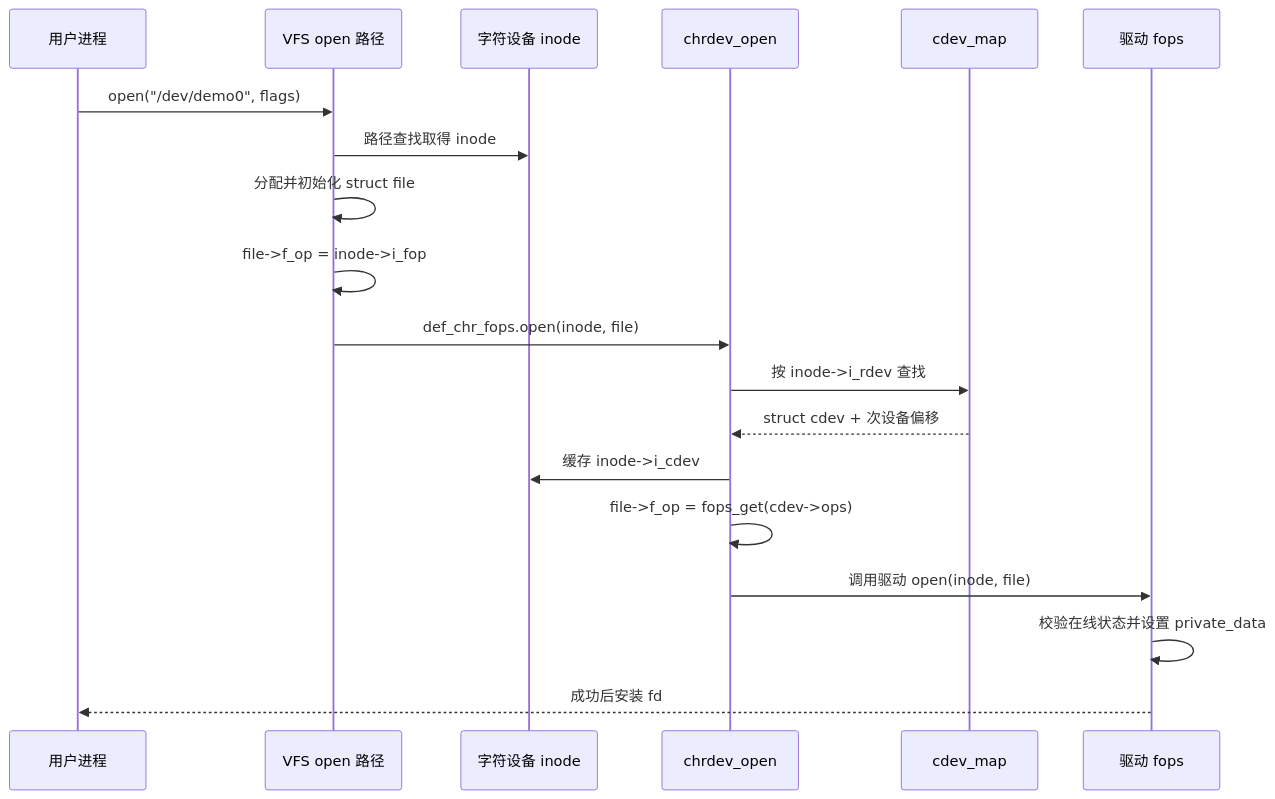
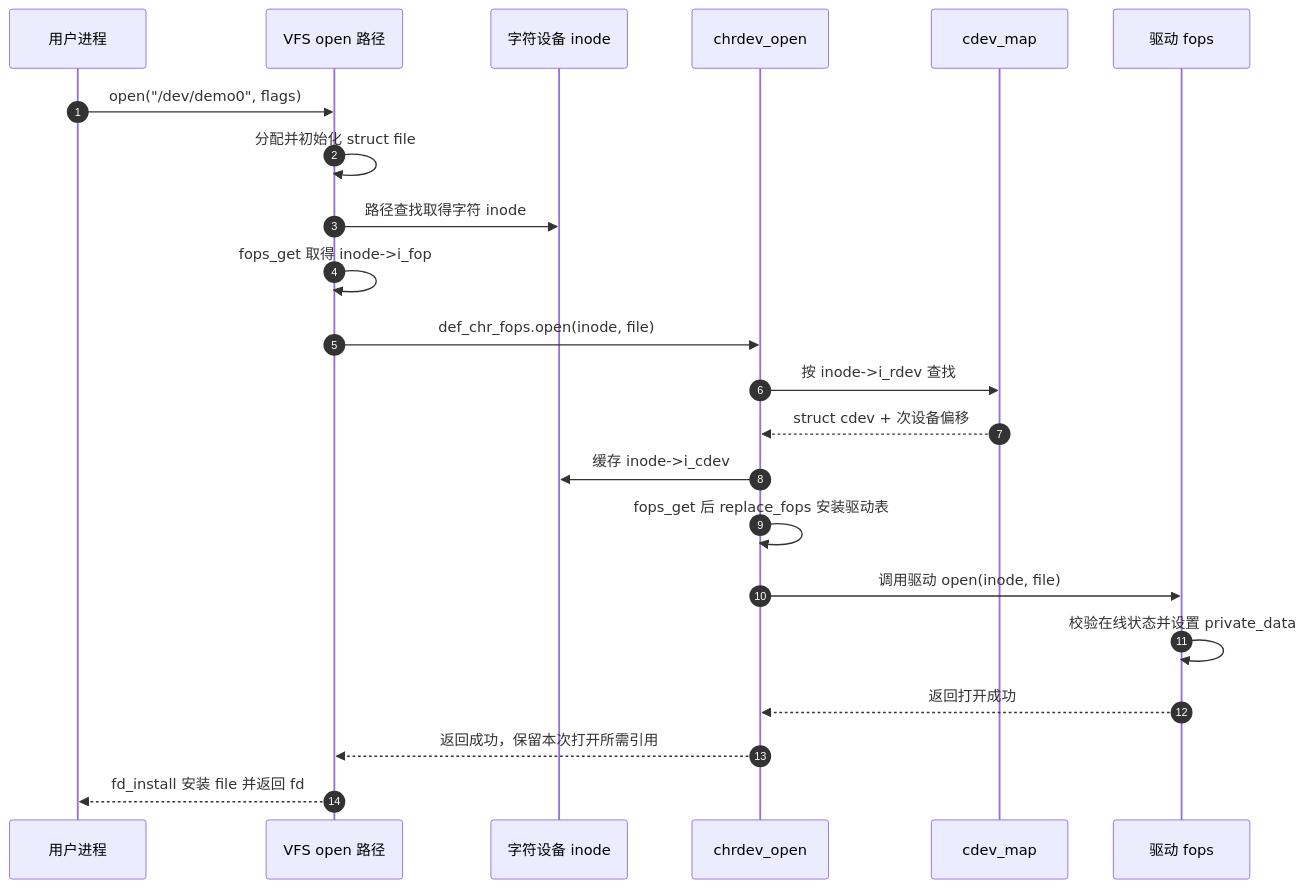
One commit to FormingSystem/linux_note changed the second of 4 diagrams in knowledge/driver_model/character_device/P03_打开路径与文件操作.md. Above: the diagram before and after it, drawn with Mermaid. The commit also changed other lines of this file and 4 other files, not shown here.

````diff
--- a/knowledge/driver_model/character_device/P03_打开路径与文件操作.md
+++ b/knowledge/driver_model/character_device/P03_打开路径与文件操作.md
@@ -67,22 +69,25 @@
 ```mermaid
 sequenceDiagram
+    autonumber
     participant U as 用户进程
     participant V as VFS open 路径
     participant I as 字符设备 inode
     participant C as chrdev_open
     participant M as cdev_map
     participant D as 驱动 fops
 
     U->>V: open("/dev/demo0", flags)
-    V->>I: 路径查找取得 inode
     V->>V: 分配并初始化 struct file
-    V->>V: file->f_op = inode->i_fop
+    V->>I: 路径查找取得字符 inode
+    V->>V: fops_get 取得 inode->i_fop
     V->>C: def_chr_fops.open(inode, file)
     C->>M: 按 inode->i_rdev 查找
     M-->>C: struct cdev + 次设备偏移
     C->>I: 缓存 inode->i_cdev
-    C->>C: file->f_op = fops_get(cdev->ops)
+    C->>C: fops_get 后 replace_fops 安装驱动表
     C->>D: 调用驱动 open(inode, file)
     D->>D: 校验在线状态并设置 private_data
-    D-->>U: 成功后安装 fd
+    D-->>C: 返回打开成功
+    C-->>V: 返回成功，保留本次打开所需引用
+    V-->>U: fd_install 安装 file 并返回 fd
 ```
````
